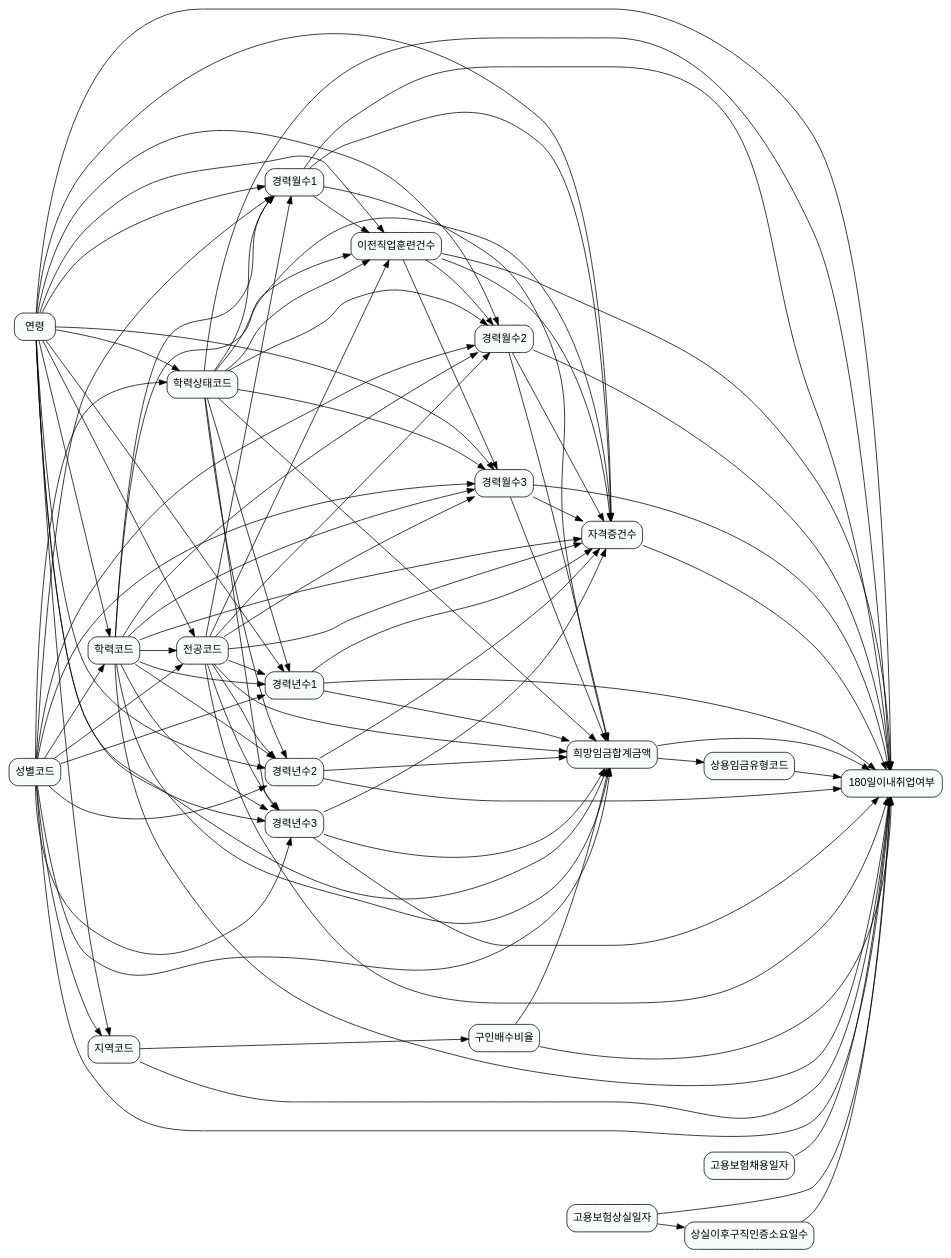
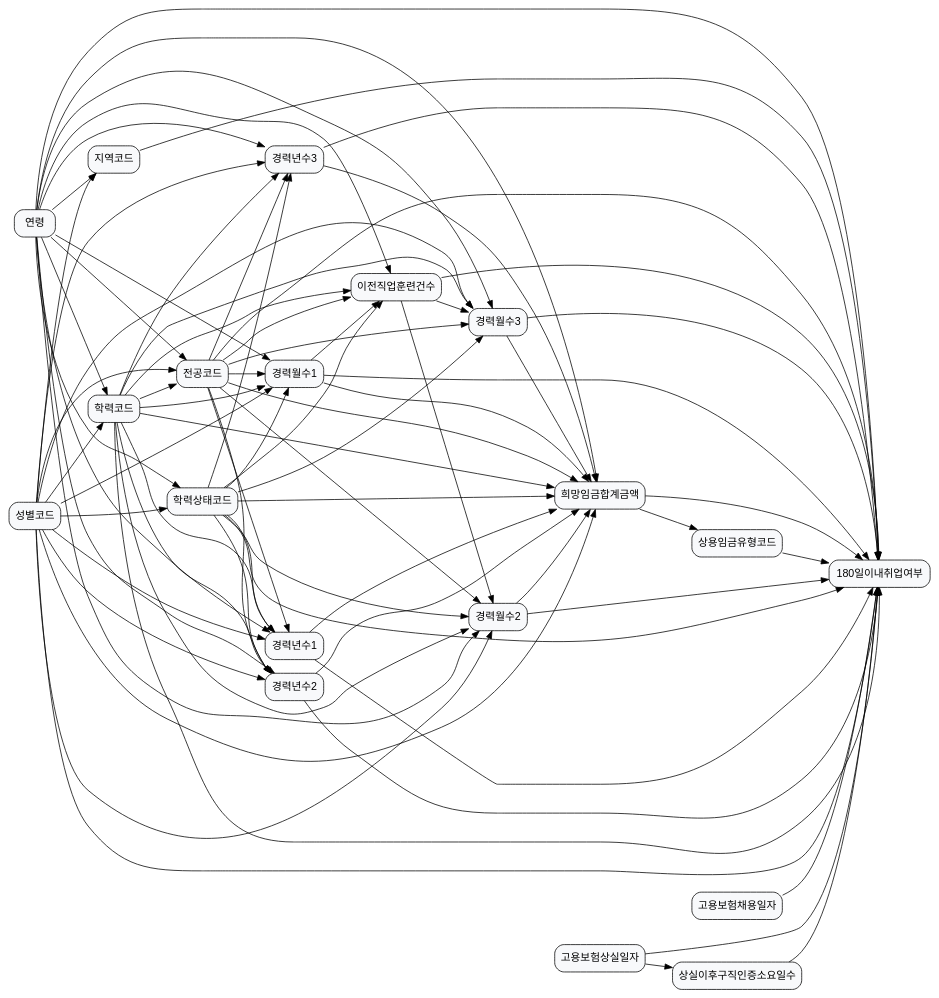
The diagram in laborlab_2/data/graph_data/graph_31.dot (KU-LIM-Lab/dowhy-deep), drawn with Graphviz before and after one commit. The commit also changed 79 other files, not shown here.

Commit message:
graph real real final really sorry bro들

```diff
--- a/laborlab_2/data/graph_data/graph_31.dot
+++ b/laborlab_2/data/graph_data/graph_31.dot
@@ -1,117 +1,122 @@
 digraph G {
-rankdir=LR;
-node [fillcolor="#F8F9FB", fontname=Helvetica, shape=box];
-ACCR_CD [label="학력코드", style="rounded,filled"];
-ACCR_STCD [label="학력상태코드", style="rounded,filled"];
-ACQ_180_YN [label="180일이내취업여부", style="rounded,filled"];
-AGE [label="연령", style="rounded,filled"];
-AREA_CD [label="지역코드", style="rounded,filled"];
-BFR_OCTR_CT [label="이전직업훈련건수", style="rounded,filled"];
-CARR_MYCT1 [label="경력월수1", style="rounded,filled"];
-CARR_MYCT2 [label="경력월수2", style="rounded,filled"];
-CARR_MYCT3 [label="경력월수3", style="rounded,filled"];
-COMM_WAGE_TYCD [label="상용임금유형코드", style="rounded,filled"];
-CRQF_CT [label="자격증건수", style="rounded,filled"];
-CYC1 [label="경력년수1", style="rounded,filled"];
-CYC2 [label="경력년수2", style="rounded,filled"];
-CYC3 [label="경력년수3", style="rounded,filled"];
-EMPN_DE [label="고용보험채용일자", style="rounded,filled"];
-FRFT_AFTR_JHNT_REQR_DYCT [label="상실이후구직인증소요일수", style="rounded,filled"];
-HOPE_WAGE_SM_AMT [label="희망임금합계금액", style="rounded,filled"];
-JO_DRNG_RATE [label="구인배수비율", style="rounded,filled"];
-LAST_FRFT_DE [label="고용보험상실일자", style="rounded,filled"];
-MAJR_CD1 [label="전공코드", style="rounded,filled"];
-SXDS_CD [label="성별코드", style="rounded,filled"];
-ACCR_CD -> ACQ_180_YN;
-ACCR_CD -> BFR_OCTR_CT;
-ACCR_CD -> CARR_MYCT1;
-ACCR_CD -> CARR_MYCT2;
-ACCR_CD -> CARR_MYCT3;
-ACCR_CD -> CRQF_CT;
-ACCR_CD -> CYC1;
-ACCR_CD -> CYC2;
-ACCR_CD -> CYC3;
-ACCR_CD -> HOPE_WAGE_SM_AMT;
-ACCR_CD -> MAJR_CD1;
-ACCR_STCD -> ACQ_180_YN;
-ACCR_STCD -> BFR_OCTR_CT;
-ACCR_STCD -> CARR_MYCT1;
-ACCR_STCD -> CARR_MYCT2;
-ACCR_STCD -> CARR_MYCT3;
-ACCR_STCD -> CRQF_CT;
-ACCR_STCD -> CYC1;
-ACCR_STCD -> CYC2;
-ACCR_STCD -> CYC3;
-ACCR_STCD -> HOPE_WAGE_SM_AMT;
-AGE -> ACCR_CD;
-AGE -> ACCR_STCD;
-AGE -> ACQ_180_YN;
-AGE -> AREA_CD;
-AGE -> BFR_OCTR_CT;
-AGE -> CARR_MYCT1;
-AGE -> CARR_MYCT2;
-AGE -> CARR_MYCT3;
-AGE -> CRQF_CT;
-AGE -> CYC1;
-AGE -> CYC2;
-AGE -> CYC3;
-AGE -> HOPE_WAGE_SM_AMT;
-AGE -> MAJR_CD1;
-AREA_CD -> ACQ_180_YN;
-AREA_CD -> JO_DRNG_RATE;
-BFR_OCTR_CT -> ACQ_180_YN;
-BFR_OCTR_CT -> CARR_MYCT2;
-BFR_OCTR_CT -> CARR_MYCT3;
-BFR_OCTR_CT -> CRQF_CT;
-CARR_MYCT1 -> ACQ_180_YN;
-CARR_MYCT1 -> BFR_OCTR_CT;
-CARR_MYCT1 -> CRQF_CT;
-CARR_MYCT1 -> HOPE_WAGE_SM_AMT;
-CARR_MYCT2 -> ACQ_180_YN;
-CARR_MYCT2 -> CRQF_CT;
-CARR_MYCT2 -> HOPE_WAGE_SM_AMT;
-CARR_MYCT3 -> ACQ_180_YN;
-CARR_MYCT3 -> CRQF_CT;
-CARR_MYCT3 -> HOPE_WAGE_SM_AMT;
-COMM_WAGE_TYCD -> ACQ_180_YN;
-CRQF_CT -> ACQ_180_YN;
-CYC1 -> ACQ_180_YN;
-CYC1 -> CRQF_CT;
-CYC1 -> HOPE_WAGE_SM_AMT;
-CYC2 -> ACQ_180_YN;
-CYC2 -> CRQF_CT;
-CYC2 -> HOPE_WAGE_SM_AMT;
-CYC3 -> ACQ_180_YN;
-CYC3 -> CRQF_CT;
-CYC3 -> HOPE_WAGE_SM_AMT;
-EMPN_DE -> ACQ_180_YN;
-FRFT_AFTR_JHNT_REQR_DYCT -> ACQ_180_YN;
-HOPE_WAGE_SM_AMT -> ACQ_180_YN;
-HOPE_WAGE_SM_AMT -> COMM_WAGE_TYCD;
-JO_DRNG_RATE -> ACQ_180_YN;
-JO_DRNG_RATE -> HOPE_WAGE_SM_AMT;
-LAST_FRFT_DE -> ACQ_180_YN;
-LAST_FRFT_DE -> FRFT_AFTR_JHNT_REQR_DYCT;
-MAJR_CD1 -> ACQ_180_YN;
-MAJR_CD1 -> BFR_OCTR_CT;
-MAJR_CD1 -> CARR_MYCT1;
-MAJR_CD1 -> CARR_MYCT2;
-MAJR_CD1 -> CARR_MYCT3;
-MAJR_CD1 -> CRQF_CT;
-MAJR_CD1 -> CYC1;
-MAJR_CD1 -> CYC2;
-MAJR_CD1 -> CYC3;
-MAJR_CD1 -> HOPE_WAGE_SM_AMT;
-SXDS_CD -> ACCR_CD;
-SXDS_CD -> ACCR_STCD;
-SXDS_CD -> ACQ_180_YN;
-SXDS_CD -> AREA_CD;
-SXDS_CD -> CARR_MYCT1;
-SXDS_CD -> CARR_MYCT2;
-SXDS_CD -> CARR_MYCT3;
-SXDS_CD -> CYC1;
-SXDS_CD -> CYC2;
-SXDS_CD -> CYC3;
-SXDS_CD -> HOPE_WAGE_SM_AMT;
-SXDS_CD -> MAJR_CD1;
+	graph [rankdir=LR];
+	node [fillcolor="#F8F9FB",
+		fontname=Helvetica,
+		shape=box
+	];
+	ACCR_CD	[label=학력코드,
+		style="rounded,filled"];
+	ACQ_180_YN	[label="180일이내취업여부",
+		style="rounded,filled"];
+	ACCR_CD -> ACQ_180_YN;
+	BFR_OCTR_CT	[label=이전직업훈련건수,
+		style="rounded,filled"];
+	ACCR_CD -> BFR_OCTR_CT;
+	CARR_MYCT1	[label=경력월수1,
+		style="rounded,filled"];
+	ACCR_CD -> CARR_MYCT1;
+	CARR_MYCT2	[label=경력월수2,
+		style="rounded,filled"];
+	ACCR_CD -> CARR_MYCT2;
+	CARR_MYCT3	[label=경력월수3,
+		style="rounded,filled"];
+	ACCR_CD -> CARR_MYCT3;
+	CYC1	[label=경력년수1,
+		style="rounded,filled"];
+	ACCR_CD -> CYC1;
+	CYC2	[label=경력년수2,
+		style="rounded,filled"];
+	ACCR_CD -> CYC2;
+	CYC3	[label=경력년수3,
+		style="rounded,filled"];
+	ACCR_CD -> CYC3;
+	HOPE_WAGE_SM_AMT	[label=희망임금합계금액,
+		style="rounded,filled"];
+	ACCR_CD -> HOPE_WAGE_SM_AMT;
+	MAJR_CD1	[label=전공코드,
+		style="rounded,filled"];
+	ACCR_CD -> MAJR_CD1;
+	BFR_OCTR_CT -> ACQ_180_YN;
+	BFR_OCTR_CT -> CARR_MYCT2;
+	BFR_OCTR_CT -> CARR_MYCT3;
+	CARR_MYCT1 -> ACQ_180_YN;
+	CARR_MYCT1 -> BFR_OCTR_CT;
+	CARR_MYCT1 -> HOPE_WAGE_SM_AMT;
+	CARR_MYCT2 -> ACQ_180_YN;
+	CARR_MYCT2 -> HOPE_WAGE_SM_AMT;
+	CARR_MYCT3 -> ACQ_180_YN;
+	CARR_MYCT3 -> HOPE_WAGE_SM_AMT;
+	CYC1 -> ACQ_180_YN;
+	CYC1 -> HOPE_WAGE_SM_AMT;
+	CYC2 -> ACQ_180_YN;
+	CYC2 -> HOPE_WAGE_SM_AMT;
+	CYC3 -> ACQ_180_YN;
+	CYC3 -> HOPE_WAGE_SM_AMT;
+	HOPE_WAGE_SM_AMT -> ACQ_180_YN;
+	COMM_WAGE_TYCD	[label=상용임금유형코드,
+		style="rounded,filled"];
+	HOPE_WAGE_SM_AMT -> COMM_WAGE_TYCD;
+	MAJR_CD1 -> ACQ_180_YN;
+	MAJR_CD1 -> BFR_OCTR_CT;
+	MAJR_CD1 -> CARR_MYCT1;
+	MAJR_CD1 -> CARR_MYCT2;
+	MAJR_CD1 -> CARR_MYCT3;
+	MAJR_CD1 -> CYC1;
+	MAJR_CD1 -> CYC2;
+	MAJR_CD1 -> CYC3;
+	MAJR_CD1 -> HOPE_WAGE_SM_AMT;
+	ACCR_STCD	[label=학력상태코드,
+		style="rounded,filled"];
+	ACCR_STCD -> ACQ_180_YN;
+	ACCR_STCD -> BFR_OCTR_CT;
+	ACCR_STCD -> CARR_MYCT1;
+	ACCR_STCD -> CARR_MYCT2;
+	ACCR_STCD -> CARR_MYCT3;
+	ACCR_STCD -> CYC1;
+	ACCR_STCD -> CYC2;
+	ACCR_STCD -> CYC3;
+	ACCR_STCD -> HOPE_WAGE_SM_AMT;
+	AGE	[label=연령,
+		style="rounded,filled"];
+	AGE -> ACCR_CD;
+	AGE -> ACQ_180_YN;
+	AGE -> BFR_OCTR_CT;
+	AGE -> CARR_MYCT1;
+	AGE -> CARR_MYCT2;
+	AGE -> CARR_MYCT3;
+	AGE -> CYC1;
+	AGE -> CYC2;
+	AGE -> CYC3;
+	AGE -> HOPE_WAGE_SM_AMT;
+	AGE -> MAJR_CD1;
+	AGE -> ACCR_STCD;
+	AREA_CD	[label=지역코드,
+		style="rounded,filled"];
+	AGE -> AREA_CD;
+	AREA_CD -> ACQ_180_YN;
+	COMM_WAGE_TYCD -> ACQ_180_YN;
+	EMPN_DE	[label=고용보험채용일자,
+		style="rounded,filled"];
+	EMPN_DE -> ACQ_180_YN;
+	FRFT_AFTR_JHNT_REQR_DYCT	[label=상실이후구직인증소요일수,
+		style="rounded,filled"];
+	FRFT_AFTR_JHNT_REQR_DYCT -> ACQ_180_YN;
+	LAST_FRFT_DE	[label=고용보험상실일자,
+		style="rounded,filled"];
+	LAST_FRFT_DE -> ACQ_180_YN;
+	LAST_FRFT_DE -> FRFT_AFTR_JHNT_REQR_DYCT;
+	SXDS_CD	[label=성별코드,
+		style="rounded,filled"];
+	SXDS_CD -> ACCR_CD;
+	SXDS_CD -> ACQ_180_YN;
+	SXDS_CD -> CARR_MYCT1;
+	SXDS_CD -> CARR_MYCT2;
+	SXDS_CD -> CARR_MYCT3;
+	SXDS_CD -> CYC1;
+	SXDS_CD -> CYC2;
+	SXDS_CD -> CYC3;
+	SXDS_CD -> HOPE_WAGE_SM_AMT;
+	SXDS_CD -> MAJR_CD1;
+	SXDS_CD -> ACCR_STCD;
+	SXDS_CD -> AREA_CD;
 }
```
